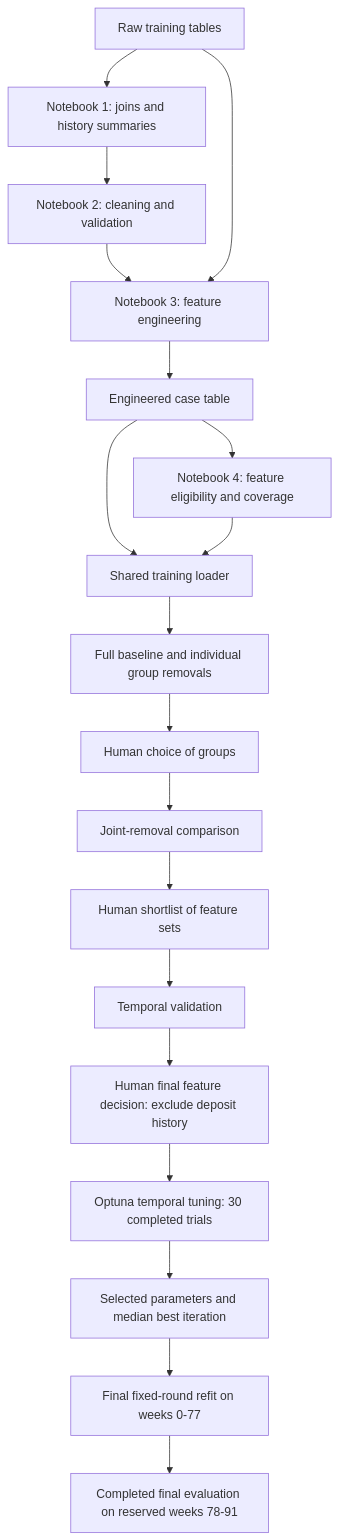
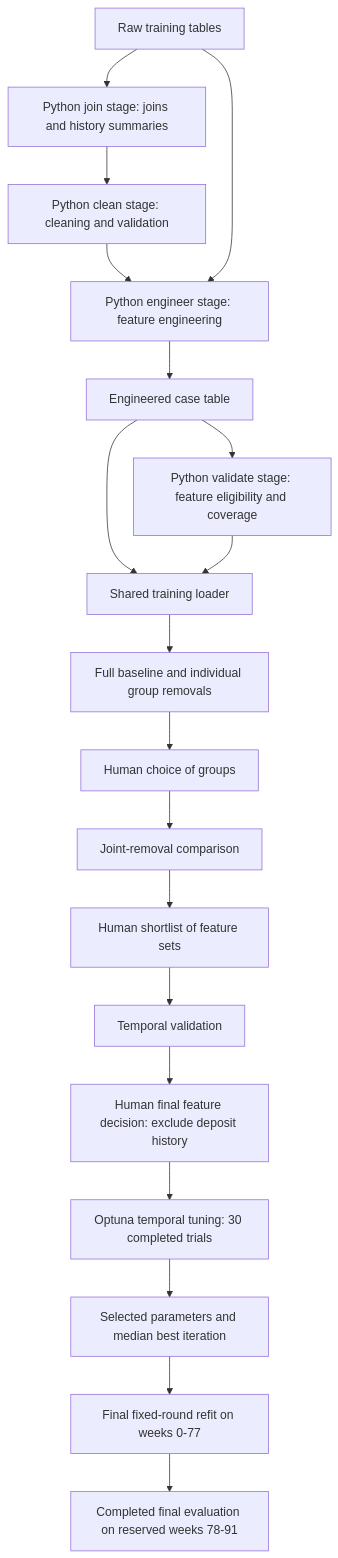
One commit to GeorgiusBE/mlops-credit-risk changed the diagram in docs/credit-risk-modelling-workflow.md. Above: the diagram before and after it, drawn with Mermaid. The commit also changed other lines of this file and 12 other files, not shown here.

````diff
--- a/docs/credit-risk-modelling-workflow.md
+++ b/docs/credit-risk-modelling-workflow.md
@@ -91,21 +98,21 @@
 ```mermaid
 flowchart TD
-    A[Raw training tables] --> B[Notebook 1: joins and history summaries]
-    B --> C[Notebook 2: cleaning and validation]
-    C --> D[Notebook 3: feature engineering]
+    A[Raw training tables] --> B[Python join stage: joins and history summaries]
+    B --> C[Python clean stage: cleaning and validation]
+    C --> D[Python engineer stage: feature engineering]
     A --> D
     D --> E[Engineered case table]
-    E --> F[Notebook 4: feature eligibility and coverage]
+    E --> F[Python validate stage: feature eligibility and coverage]
     E --> G[Shared training loader]
     F --> G
     G --> H[Full baseline and individual group removals]
     H --> I[Human choice of groups]
     I --> J[Joint-removal comparison]
     J --> K[Human shortlist of feature sets]
     K --> L[Temporal validation]
     L --> M[Human final feature decision: exclude deposit history]
     M --> N[Optuna temporal tuning: 30 completed trials]
     N --> O[Selected parameters and median best iteration]
     O --> P[Final fixed-round refit on weeks 0-77]
     P --> Q[Completed final evaluation on reserved weeks 78-91]
 ```
````
